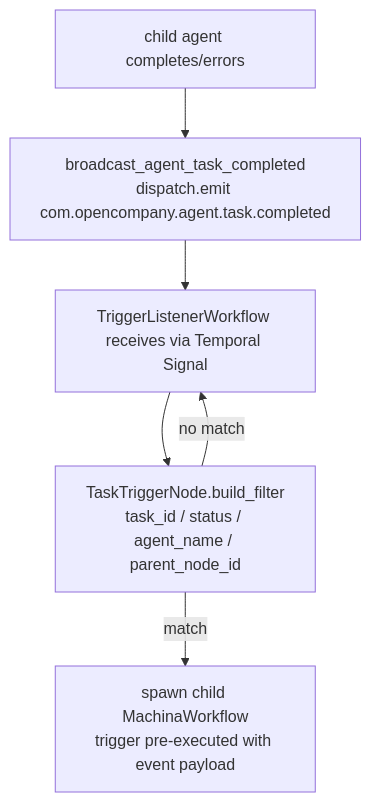
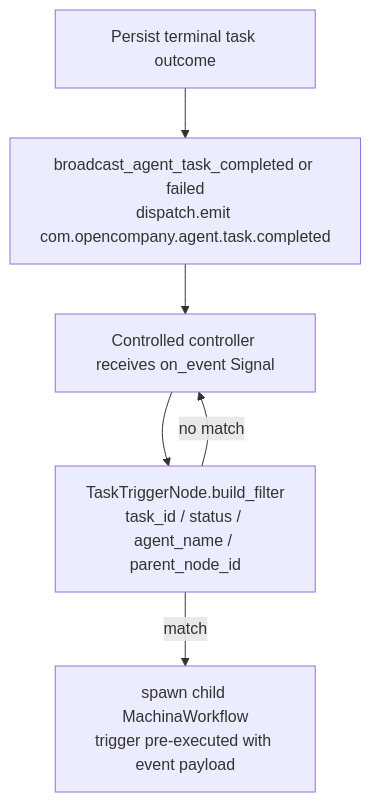
One commit to Addval-Connect/OpenCompany changed the diagram in docs-internal/node-logic-flows/workflow_triggers/taskTrigger.md. Above: the diagram before and after it, drawn with Mermaid. The commit also changed other lines of this file and 126 other files, not shown here.

````diff
--- a/docs-internal/node-logic-flows/workflow_triggers/taskTrigger.md
+++ b/docs-internal/node-logic-flows/workflow_triggers/taskTrigger.md
@@ -71,8 +74,8 @@
 ```mermaid
 flowchart TD
-  P[child agent completes/errors] --> Q[broadcast_agent_task_completed<br/>dispatch.emit com.opencompany.agent.task.completed]
-  Q --> R[TriggerListenerWorkflow receives via Temporal Signal]
+  P[Persist terminal task outcome] --> Q[broadcast_agent_task_completed or failed<br/>dispatch.emit com.opencompany.agent.task.completed]
+  Q --> R[Controlled controller receives on_event Signal]
   R --> S[TaskTriggerNode.build_filter<br/>task_id / status / agent_name / parent_node_id]
   S -- match --> T[spawn child MachinaWorkflow<br/>trigger pre-executed with event payload]
   S -- no match --> R
 ```
````
